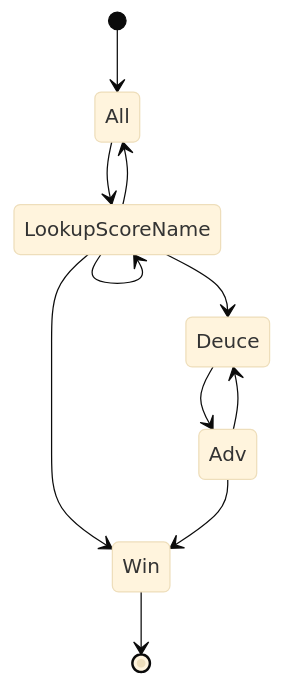
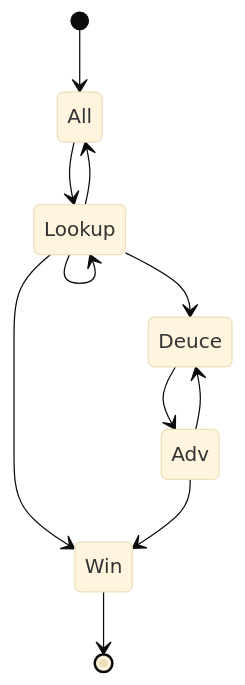
The second of 2 diagrams in README.md (absoluteyl/tdd-unit-test), drawn with Mermaid (base theme) before and after one commit. The commit also changed other lines of this file, not shown here.

````diff
--- a/README.md
+++ b/README.md
@@ -44,13 +44,13 @@
 ```mermaid
   stateDiagram-v2
   [*] --> All
-  All --> LookupScoreName
-  LookupScoreName --> All
-  LookupScoreName --> Deuce
-  LookupScoreName --> LookupScoreName
-  LookupScoreName --> Win
+  All --> Lookup
+  Lookup --> All
+  Lookup --> Deuce
+  Lookup --> Lookup
+  Lookup --> Win
   Deuce --> Adv
   Adv --> Deuce
   Adv --> Win
   Win --> [*]
 ```
````
